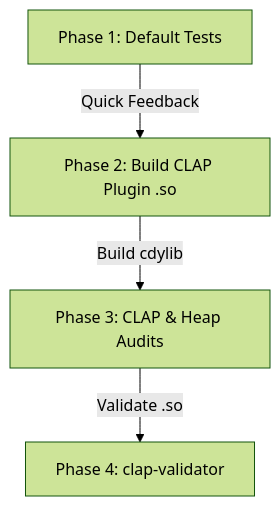
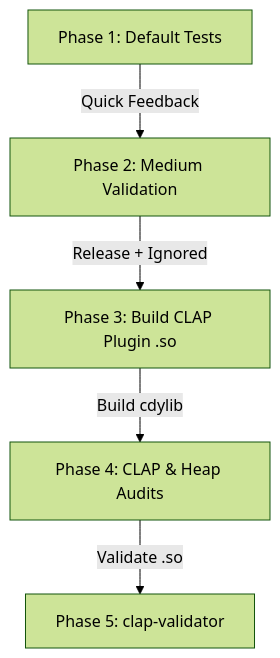
One commit to fabiohl/nam-rs changed the diagram in docs/testing.md. Above: the diagram before and after it, drawn with Mermaid (forest theme). The commit also changed other lines of this file and 8 other files, not shown here.

Commit message:
feat(ci): add utils/tests-medium.sh intermediary validation suite

````diff
--- a/docs/testing.md
+++ b/docs/testing.md
@@ -31,6 +31,7 @@
 ```mermaid
 graph TD
-    Phase1[Phase 1: Default Tests] -->|Quick Feedback| Phase2[Phase 2: Build CLAP Plugin .so]
-    Phase2 -->|Build cdylib| Phase3[Phase 3: CLAP & Heap Audits]
-    Phase3 -->|Validate .so| Phase4[Phase 4: clap-validator]
+    Phase1[Phase 1: Default Tests] -->|Quick Feedback| Phase2[Phase 2: Medium Validation]
+    Phase2 -->|Release + Ignored| Phase3[Phase 3: Build CLAP Plugin .so]
+    Phase3 -->|Build cdylib| Phase4[Phase 4: CLAP & Heap Audits]
+    Phase4 -->|Validate .so| Phase5[Phase 5: clap-validator]
 ```
````
